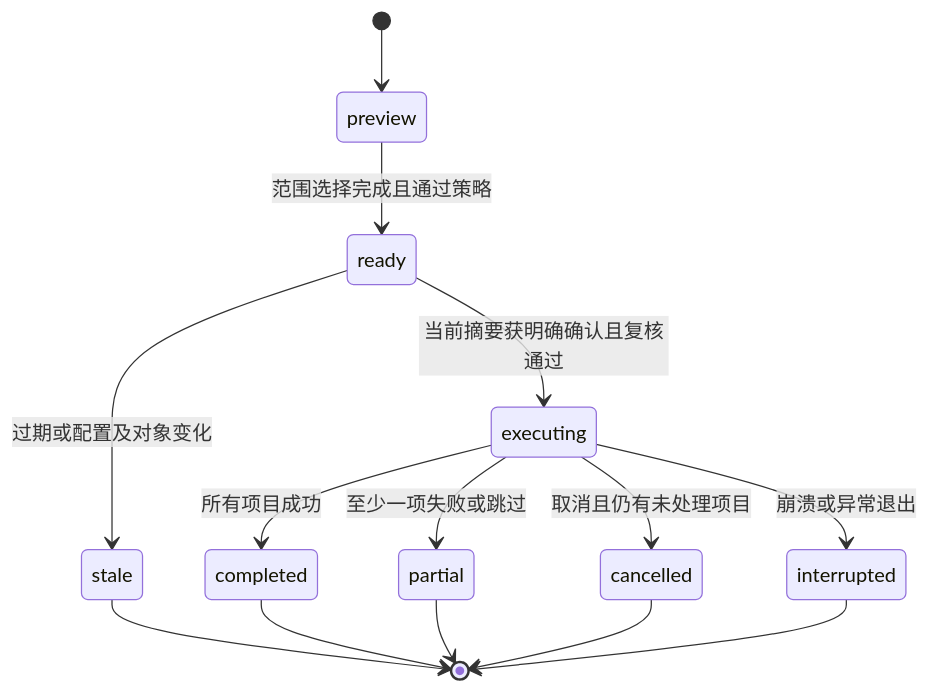
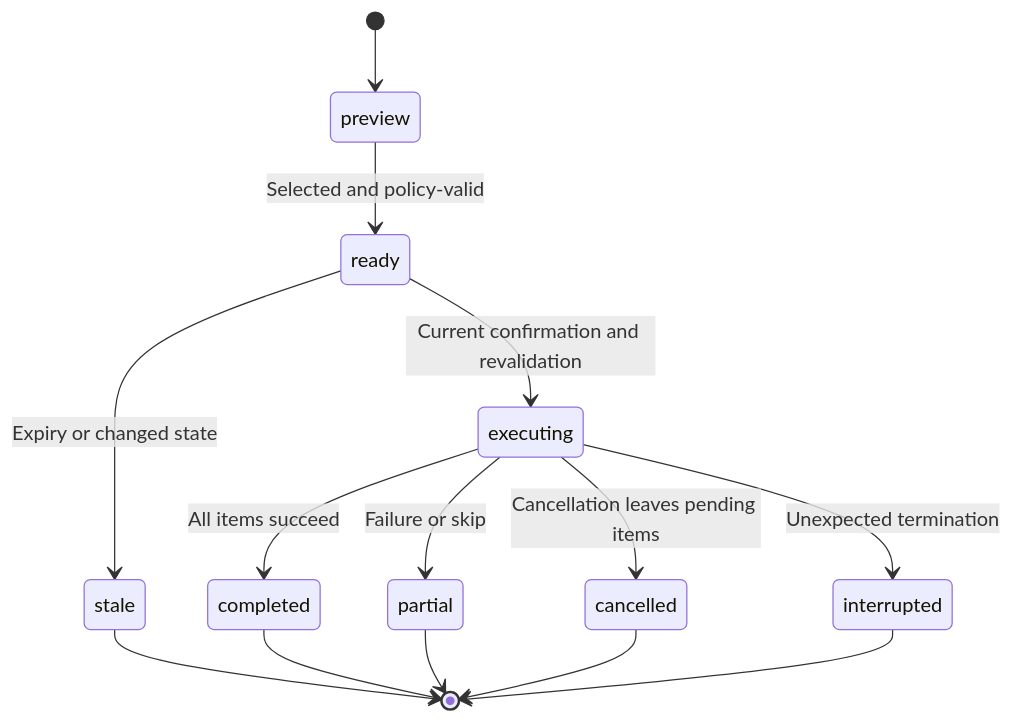
Before and after one commit to limecloud/shou: the third of 3 diagrams in docs/architecture/data-model.md, drawn with Mermaid. The commit also changed other lines of this file and 46 other files, not shown here.

````diff
--- a/docs/architecture/data-model.md
+++ b/docs/architecture/data-model.md
@@ -64,16 +62,16 @@
 ```mermaid
 stateDiagram-v2
     [*] --> preview
-    preview --> ready: 范围选择完成且通过策略
-    ready --> stale: 过期或配置及对象变化
-    ready --> executing: 当前摘要获明确确认且复核通过
-    executing --> completed: 所有项目成功
-    executing --> partial: 至少一项失败或跳过
-    executing --> cancelled: 取消且仍有未处理项目
-    executing --> interrupted: 崩溃或异常退出
+    preview --> ready: Selected and policy-valid
+    ready --> stale: Expiry or changed state
+    ready --> executing: Current confirmation and revalidation
+    executing --> completed: All items succeed
+    executing --> partial: Failure or skip
+    executing --> cancelled: Cancellation leaves pending items
+    executing --> interrupted: Unexpected termination
     stale --> [*]
     completed --> [*]
     partial --> [*]
     cancelled --> [*]
     interrupted --> [*]
 ```
````
